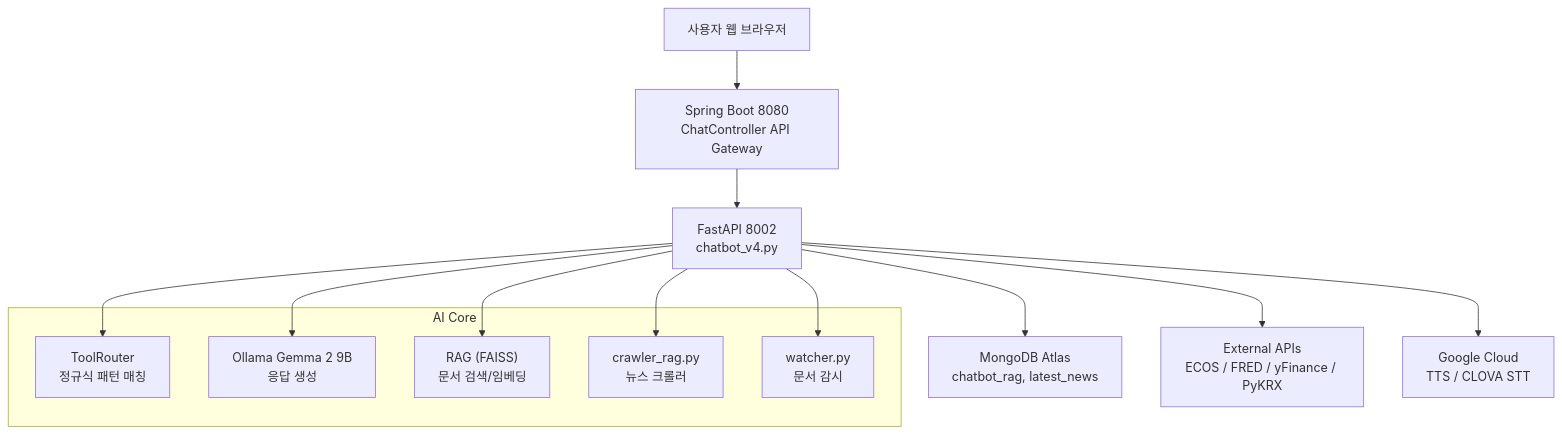
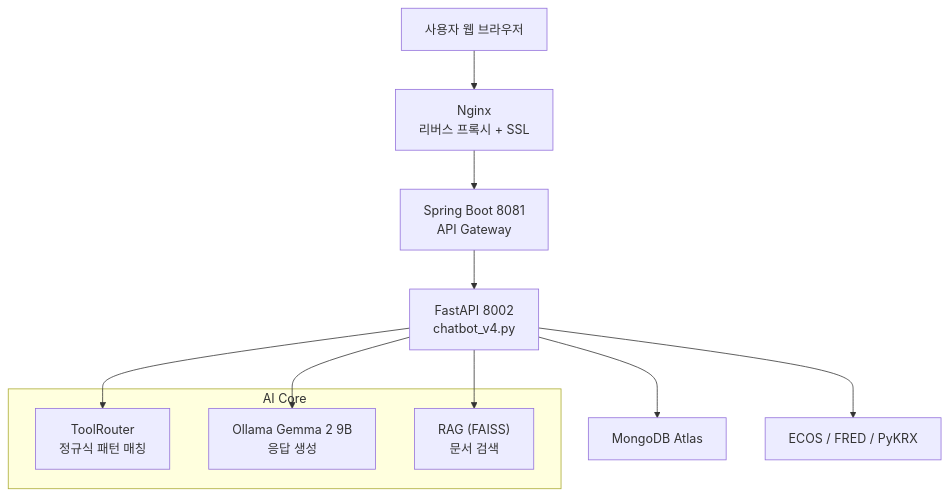
The diagram in fastapi/chatbot/README.md (yooseungmin9/yoo-chatbot-v1), drawn with Mermaid before and after one commit.

````diff
--- a/fastapi/chatbot/README.md
+++ b/fastapi/chatbot/README.md
@@ -3,20 +3,16 @@
 ```mermaid
 graph TD
-    U["사용자 웹 브라우저"] --> SB["Spring Boot 8080<br>ChatController API Gateway"]
+    U["사용자 웹 브라우저"] --> NG["Nginx<br>리버스 프록시 + SSL"]
+    NG --> SB["Spring Boot 8081<br>API Gateway"]
     SB --> FA["FastAPI 8002<br>chatbot_v4.py"]
     subgraph "AI Core"
         TR["ToolRouter<br>정규식 패턴 매칭"]
         OL["Ollama Gemma 2 9B<br>응답 생성"]
-        RG["RAG (FAISS)<br>문서 검색/임베딩"]
-        CR["crawler_rag.py<br>뉴스 크롤러"]
-        WT["watcher.py<br>문서 감시"]
+        RG["RAG (FAISS)<br>문서 검색"]
     end
     FA --> TR
     FA --> OL
     FA --> RG
-    FA --> CR
-    FA --> WT
-    FA --> MDB["MongoDB Atlas<br>chatbot_rag, latest_news"]
-    FA --> API["External APIs<br>ECOS / FRED / yFinance / PyKRX"]
-    FA --> GC["Google Cloud<br>TTS / CLOVA STT"]
+    FA --> MDB["MongoDB Atlas"]
+    FA --> API["ECOS / FRED / PyKRX"]
 ```
````
